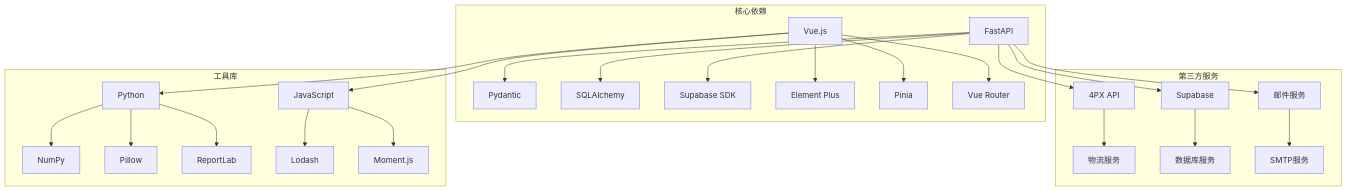
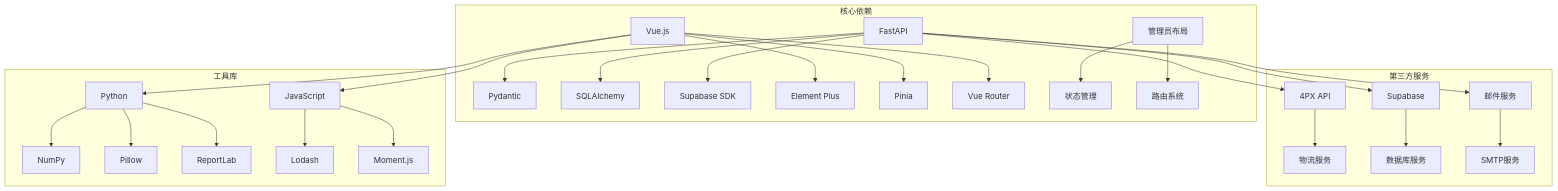
One commit to SY6621/POD-Order-Management changed diagram 14 of 18 in .qoder/repowiki/zh/content/开发指南/管理面板功能增强.md. Above: the diagram before and after it, drawn with Mermaid. The commit also changed other lines of this file and 18 other files, not shown here.

````diff
--- a/.qoder/repowiki/zh/content/开发指南/管理面板功能增强.md
+++ b/.qoder/repowiki/zh/content/开发指南/管理面板功能增强.md
@@ -495,28 +672,30 @@
 ```mermaid
 graph TD
 subgraph "核心依赖"
 A[FastAPI] --> B[Pydantic]
 A --> C[SQLAlchemy]
 A --> D[Supabase SDK]
 E[Vue.js] --> F[Element Plus]
 E --> G[Pinia]
 E --> H[Vue Router]
+I[管理员布局] --> J[状态管理]
+I --> K[路由系统]
 end
 subgraph "第三方服务"
-I[4PX API] --> J[物流服务]
-K[Supabase] --> L[数据库服务]
-M[邮件服务] --> N[SMTP服务]
+L[4PX API] --> M[物流服务]
+N[Supabase] --> O[数据库服务]
+P[邮件服务] --> Q[SMTP服务]
 end
 subgraph "工具库"
-O[Python] --> P[NumPy]
-O --> Q[Pillow]
-O --> R[ReportLab]
-S[JavaScript] --> T[Lodash]
-S --> U[Moment.js]
+R[Python] --> S[NumPy]
+R --> T[Pillow]
+R --> U[ReportLab]
+V[JavaScript] --> W[Lodash]
+V --> X[Moment.js]
 end
-A --> I
-A --> K
-A --> M
-E --> O
-E --> S
+A --> L
+A --> N
+A --> P
+E --> R
+E --> V
 ```
````
